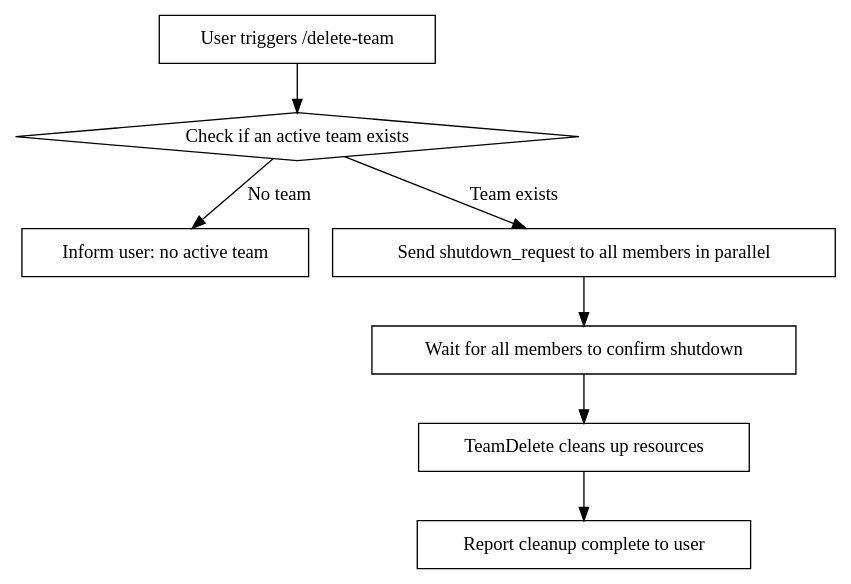
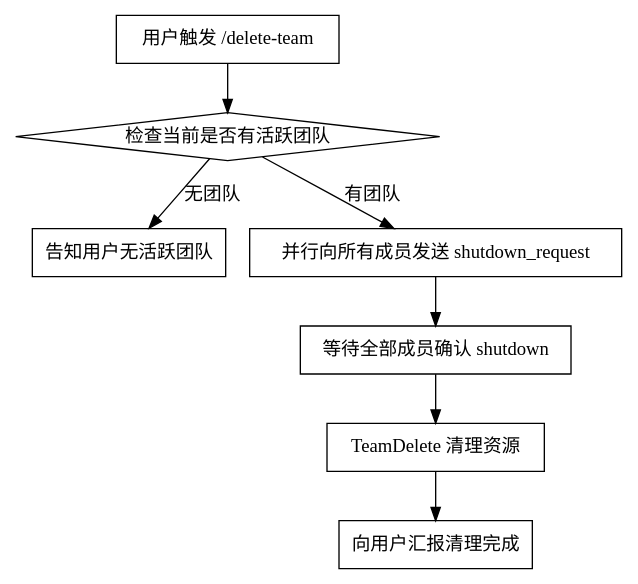
Before and after one commit to jinx911/jira-flow: the diagram in skills/delete-team/SKILL.md, drawn with Graphviz. The commit also changed other lines of this file and 17 other files, not shown here.

````diff
--- a/skills/delete-team/SKILL.md
+++ b/skills/delete-team/SKILL.md
@@ -14,19 +14,19 @@
 ```dot
 digraph {
   rankdir=TB;
-  start [label="User triggers /delete-team", shape=box];
-  check [label="Check if an active team exists", shape=diamond];
-  no_team [label="Inform user: no active team", shape=box];
-  shutdown [label="Send shutdown_request to all members in parallel", shape=box];
-  wait [label="Wait for all members to confirm shutdown", shape=box];
-  delete [label="TeamDelete cleans up resources", shape=box];
-  confirm [label="Report cleanup complete to user", shape=box];
+  start [label="用户触发 /delete-team", shape=box];
+  check [label="检查当前是否有活跃团队", shape=diamond];
+  no_team [label="告知用户无活跃团队", shape=box];
+  shutdown [label="并行向所有成员发送 shutdown_request", shape=box];
+  wait [label="等待全部成员确认 shutdown", shape=box];
+  delete [label="TeamDelete 清理资源", shape=box];
+  confirm [label="向用户汇报清理完成", shape=box];
 
   start -> check;
-  check -> no_team [label="No team"];
-  check -> shutdown [label="Team exists"];
+  check -> no_team [label="无团队"];
+  check -> shutdown [label="有团队"];
   shutdown -> wait;
   wait -> delete;
   delete -> confirm;
 }
 ```
````
